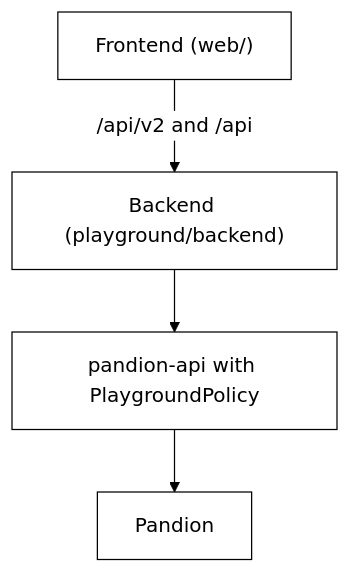
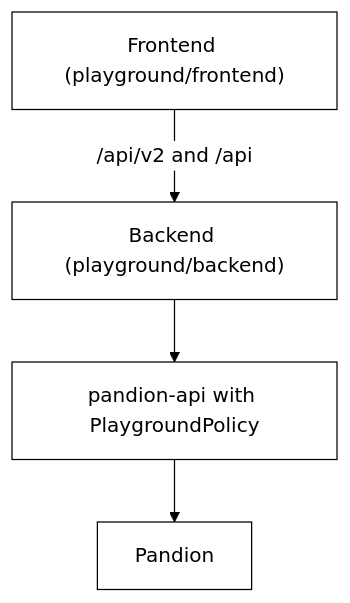
One commit to nadeem4/rag-playground changed the diagram in playground/README.md. Above: the diagram before and after it, drawn with Mermaid. The commit also changed other lines of this file and 370 other files, not shown here.

First line of the commit message:
refactor: move the React app from web/ to playground/frontend

````diff
--- a/playground/README.md
+++ b/playground/README.md
@@ -27,7 +27,7 @@
 ```mermaid
 %%{init: {'theme':'base','themeVariables':{'primaryColor':'#ffffff','primaryTextColor':'#000000','primaryBorderColor':'#000000','lineColor':'#000000'}}}%%
 flowchart TB
-    FE["Frontend (web/)"] -->|"/api/v2 and /api"| BE["Backend (playground/backend)"]
+    FE["Frontend (playground/frontend)"] -->|"/api/v2 and /api"| BE["Backend (playground/backend)"]
     BE --> API["pandion-api with PlaygroundPolicy"]
     API --> CORE["Pandion"]
 ```
````
